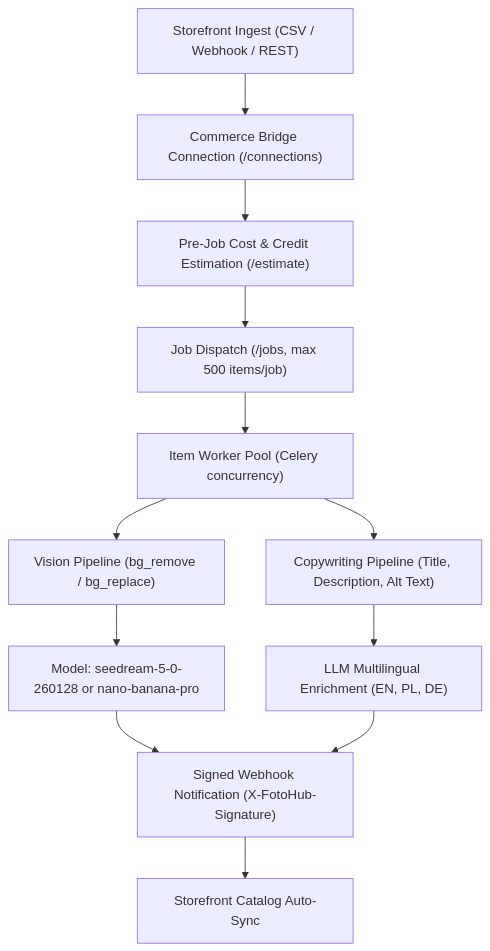
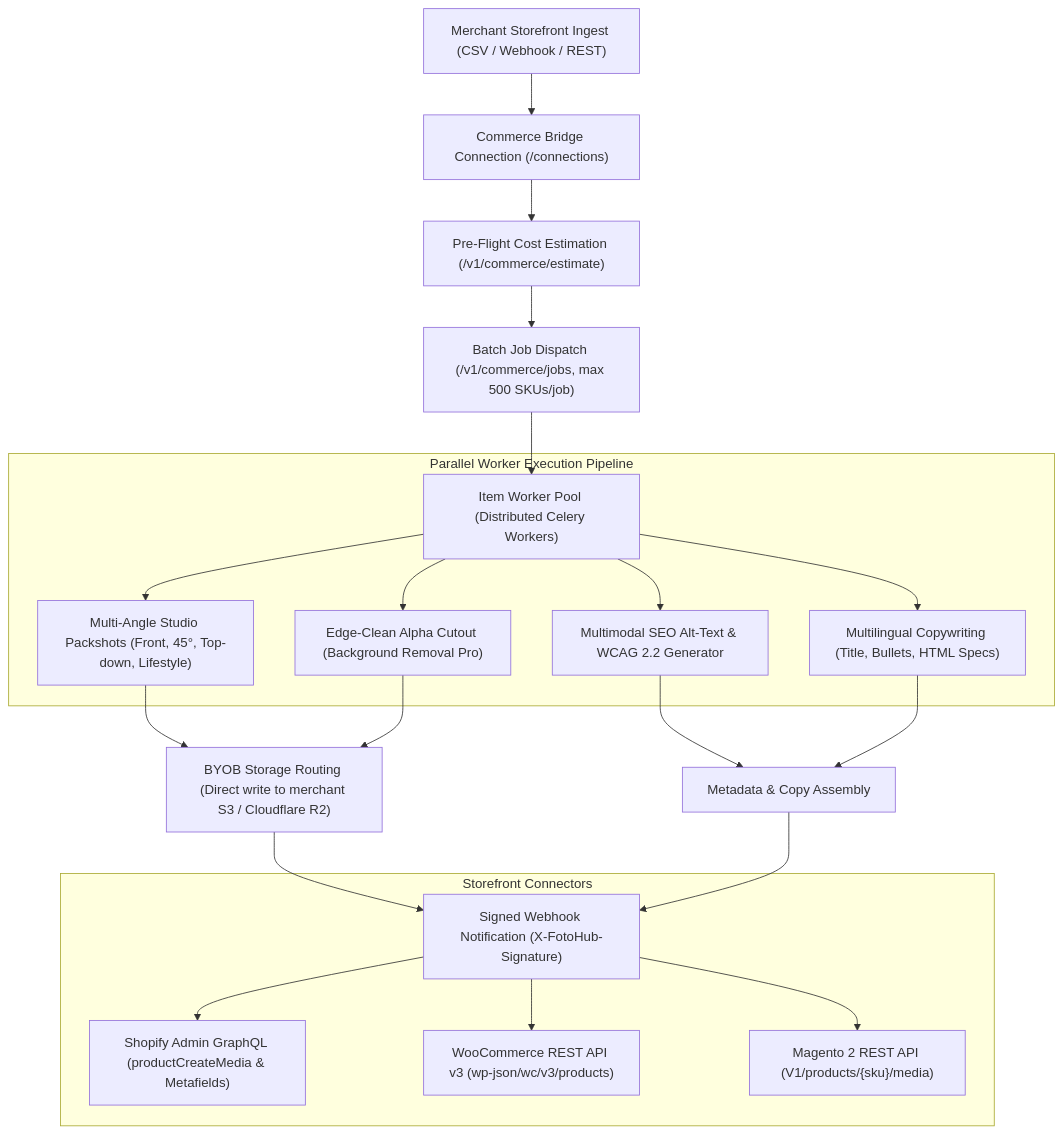
The diagram in recipes/ecommerce-catalog-automation.md (fotohubapp/docs), drawn with Mermaid before and after one commit. The commit also changed other lines of this file and 11 other files, not shown here.

````diff
--- a/recipes/ecommerce-catalog-automation.md
+++ b/recipes/ecommerce-catalog-automation.md
@@ -11,13 +11,24 @@
 ```mermaid
 flowchart TD
-    A["Storefront Ingest (CSV / Webhook / REST)"] --> B["Commerce Bridge Connection (/connections)"]
-    B --> C["Pre-Job Cost & Credit Estimation (/estimate)"]
-    C --> D["Job Dispatch (/jobs, max 500 items/job)"]
-    D --> E["Item Worker Pool (Celery concurrency)"]
-    E --> F["Vision Pipeline (bg_remove / bg_replace)"]
-    E --> G["Copywriting Pipeline (Title, Description, Alt Text)"]
-    F --> H["Model: seedream-5-0-260128 or nano-banana-pro"]
-    G --> H2["LLM Multilingual Enrichment (EN, PL, DE)"]
-    H & H2 --> I["Signed Webhook Notification (X-FotoHub-Signature)"]
-    I --> J["Storefront Catalog Auto-Sync"]
+    A["Merchant Storefront Ingest (CSV / Webhook / REST)"] --> B["Commerce Bridge Connection (/connections)"]
+    B --> C["Pre-Flight Cost Estimation (/v1/commerce/estimate)"]
+    C --> D["Batch Job Dispatch (/v1/commerce/jobs, max 500 SKUs/job)"]
+    D --> E["Item Worker Pool (Distributed Celery Workers)"]
+    
+    subgraph "Parallel Worker Execution Pipeline"
+        E --> F1["Multi-Angle Studio Packshots (Front, 45°, Top-down, Lifestyle)"]
+        E --> F2["Edge-Clean Alpha Cutout (Background Removal Pro)"]
+        E --> F3["Multimodal SEO Alt-Text & WCAG 2.2 Generator"]
+        E --> F4["Multilingual Copywriting (Title, Bullets, HTML Specs)"]
+    end
+    
+    F1 & F2 --> G["BYOB Storage Routing (Direct write to merchant S3 / Cloudflare R2)"]
+    F3 & F4 --> H["Metadata & Copy Assembly"]
+    G & H --> I["Signed Webhook Notification (X-FotoHub-Signature)"]
+    
+    subgraph "Storefront Connectors"
+        I --> J1["Shopify Admin GraphQL (productCreateMedia & Metafields)"]
+        I --> J2["WooCommerce REST API v3 (wp-json/wc/v3/products)"]
+        I --> J3["Magento 2 REST API (V1/products/{sku}/media)"]
+    end
 ```
````
